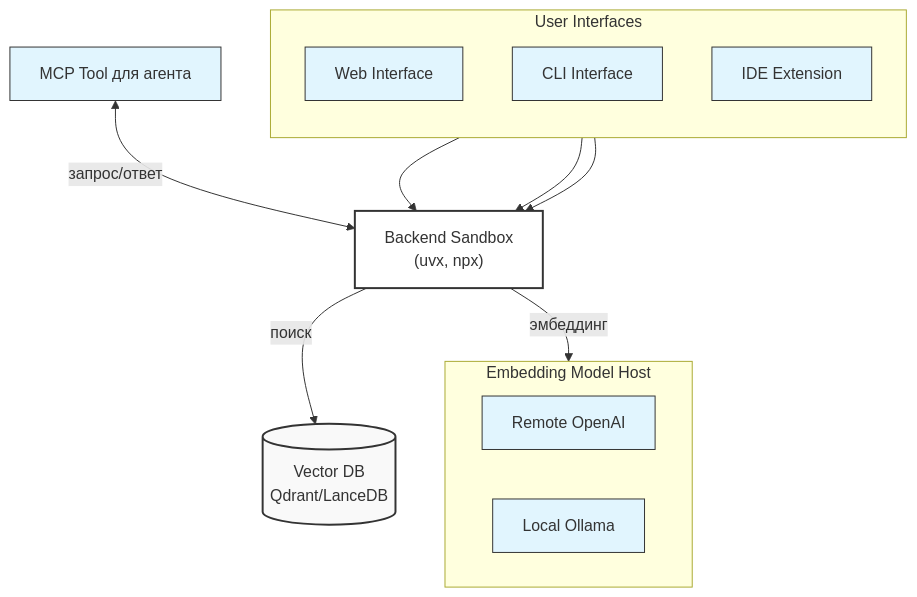
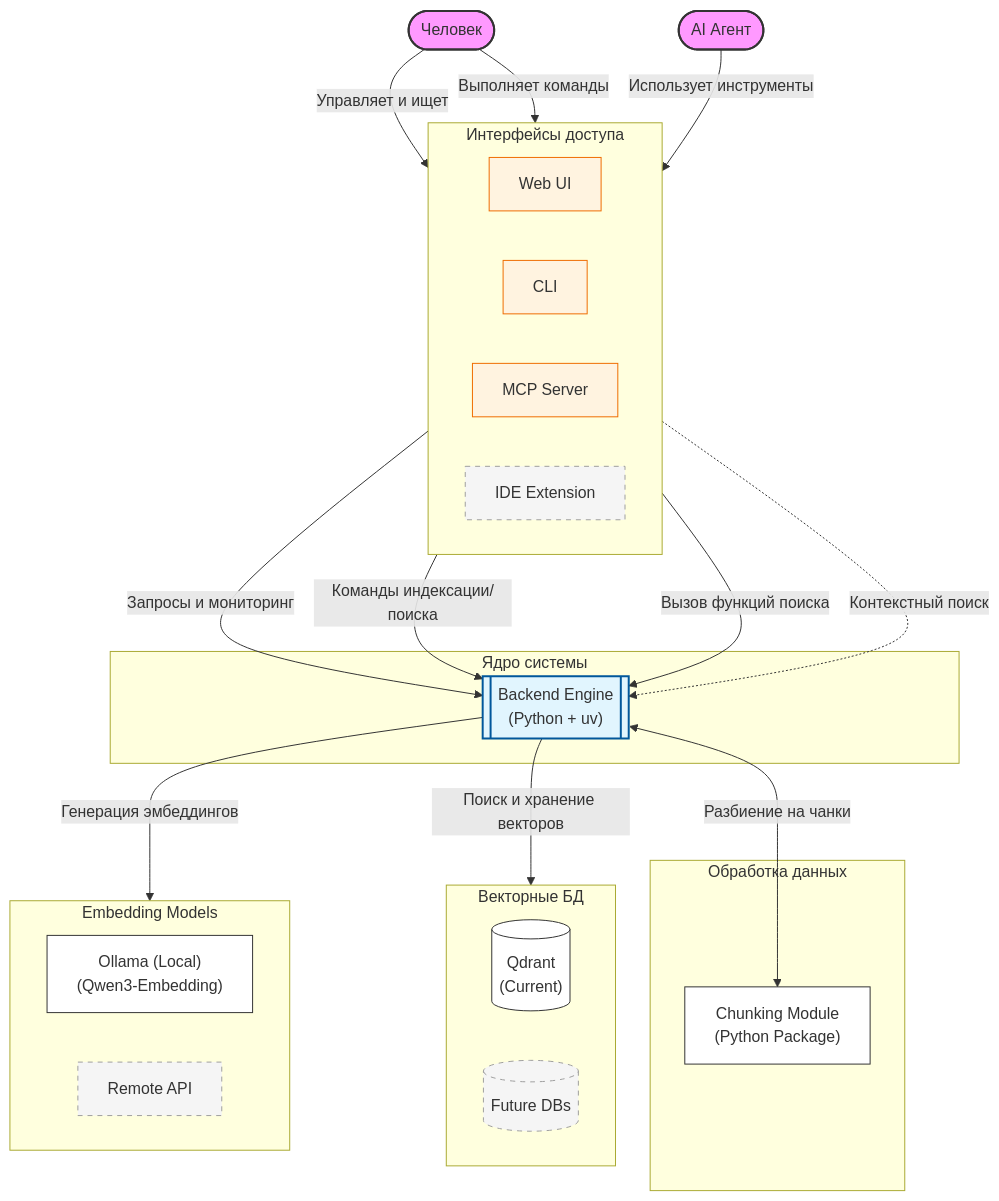
One commit to tools4agents/rag4code changed the diagram in docs/architecture.md. Above: the diagram before and after it, drawn with Mermaid. The commit also changed other lines of this file, not shown here.

First line of the commit message:
docs: formalize system design and component roles

````diff
--- a/docs/architecture.md
+++ b/docs/architecture.md
@@ -5,42 +7,55 @@
 ```mermaid
 flowchart TD
     %% Стилизация
-    classDef container fill:#fff,stroke:#333,stroke-width:2px;
-    classDef database fill:#f9f9f9,stroke:#333,stroke-width:2px,shape:cylinder;
-    classDef component fill:#e1f5fe,stroke:#333,stroke-width:1px;
+    classDef actor fill:#f9f,stroke:#333,stroke-width:2px;
+    classDef core fill:#e1f5fe,stroke:#01579b,stroke-width:2px;
+    classDef brick fill:#fff,stroke:#333,stroke-width:1px;
+    classDef interface fill:#fff3e0,stroke:#ef6c00,stroke-width:1px;
+    classDef future fill:#f5f5f5,stroke:#9e9e9e,stroke-dasharray: 5 5;
 
-    %% Подграф Интерфейсов
-    subgraph UI [User Interfaces]
-        direction TB
-        Web[Web Interface]:::component
-        CLI[CLI Interface]:::component
-        IDE[IDE Extension]:::component
+    %% Акторы
+    User([Человек]):::actor
+    Agent([AI Агент]):::actor
+
+    subgraph UI [Интерфейсы доступа]
+        direction LR
+        Web[Web UI]:::interface
+        CLI[CLI]:::interface
+        MCP[MCP Server]:::interface
+        IDE[IDE Extension]:::future
     end
 
-    %% Основные компоненты
-    MCP["MCP Tool для агента"]:::component
-    Backend["Backend Sandbox\n(uvx, npx)"]:::container
+    subgraph Logic [Ядро системы]
+        Backend[["Backend Engine\n(Python + uv)"]]:::core
+    end
     
-    %% Хранилище и Модели
-    VDB[("Vector DB\nQdrant/LanceDB")]:::database
-    
-    subgraph EmbedHost [Embedding Model Host]
-        direction LR
-        Remote[Remote OpenAI]:::component
-        Local[Local Ollama]:::component
+    subgraph Processing [Обработка данных]
+        Chunker["Chunking Module\n(Python Package)"]:::brick
     end
 
-    %% Связи
-    Web --> Backend
-    CLI --> Backend
-    IDE --> Backend
+    subgraph Storage [Векторные БД]
+        Qdrant[("Qdrant\n(Current)")]:::brick
+        LanceDB[("Future DBs")]:::future
+    end
+    
+    subgraph EmbedHost [Embedding Models]
+        Ollama["Ollama (Local)\n(Qwen3-Embedding)"]:::brick
+        Remote["Remote API"]:::future
+    end
 
-    MCP <-->|запрос/ответ| Backend
-    
-    Backend -->|поиск| VDB
-    Backend -->|эмбеддинг| EmbedHost
+    %% Связи Акторы -> Интерфейсы
+    User -->|Управляет и ищет| Web
+    User -->|Выполняет команды| CLI
+    Agent -->|Использует инструменты| MCP
 
-    %% Принудительное позиционирование через невидимые связи (хак для Mermaid)
-    UI ~~~ Backend
-    Backend ~~~ VDB
+    %% Связи Интерфейсы -> Core
+    Web -->|Запросы и мониторинг| Backend
+    CLI -->|Команды индексации/поиска| Backend
+    MCP -->|Вызов функций поиска| Backend
+    IDE -.->|Контекстный поиск| Backend
+
+    %% Внутренние связи Core -> Components
+    Backend <-->|Разбиение на чанки| Chunker
+    Backend -->|Поиск и хранение векторов| Storage
+    Backend -->|Генерация эмбеддингов| EmbedHost
 ```
````
